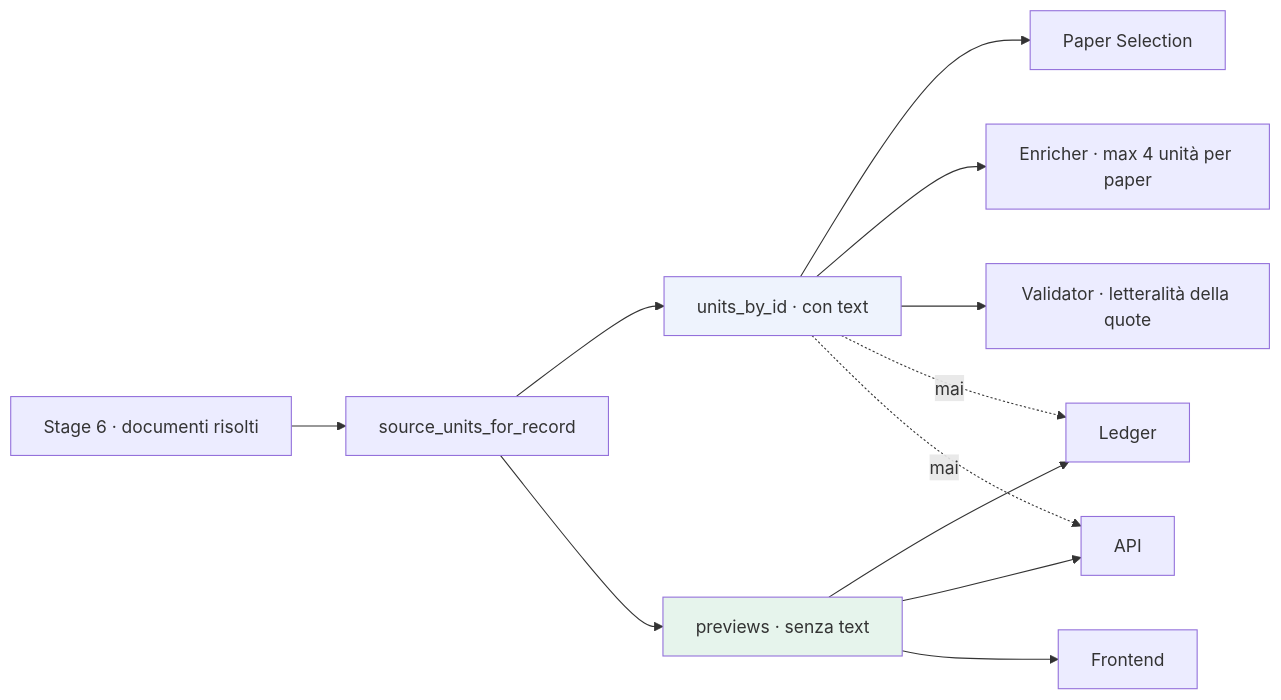
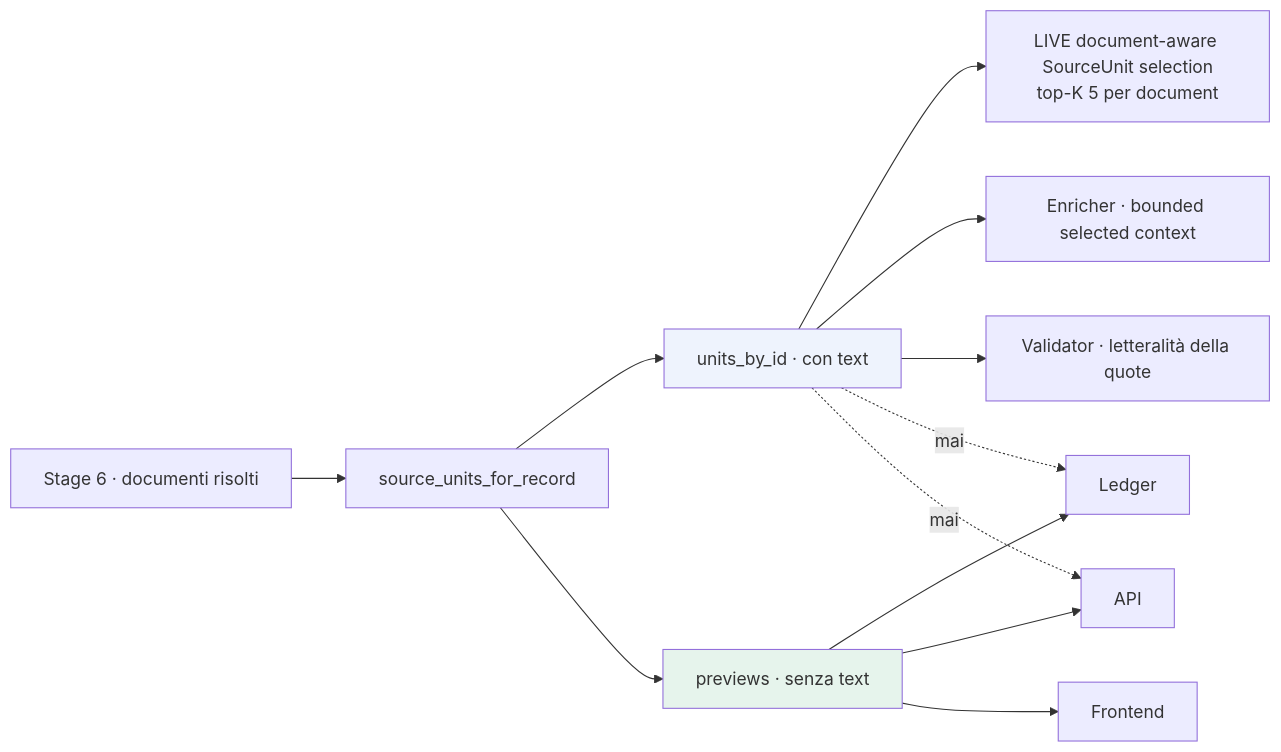
One commit to PaoloPangallo/MTB_GRAPH_RAG changed the diagram in mtb-graphrag/docs/verifiable_pipeline/live_source_unit_loading.md. Above: the diagram before and after it, drawn with Mermaid. The commit also changed 14 other files, not shown here.

Commit message:
docs: align architecture with evaluated protocol 1.7 runtime

````diff
--- a/mtb-graphrag/docs/verifiable_pipeline/live_source_unit_loading.md
+++ b/mtb-graphrag/docs/verifiable_pipeline/live_source_unit_loading.md
@@ -124,20 +124,20 @@
 ```mermaid
 flowchart LR
     S6[Stage 6 · documenti risolti] --> P[source_units_for_record]
     P --> U[units_by_id · con text]
     P --> V[previews · senza text]
 
-    U --> SEL[Paper Selection]
-    U --> ENR[Enricher · max 4 unità per paper]
+    U --> SEL[LIVE document-aware SourceUnit selection<br/>top-K 5 per document]
+    U --> ENR[Enricher · bounded selected context]
     U --> VAL[Validator · letteralità della quote]
 
     V --> LED[Ledger]
     V --> API[API]
     V --> UI[Frontend]
 
     U -.->|mai| LED
     U -.->|mai| API
 
     style U fill:#eef3fd
     style V fill:#e6f4ec
 ```
````
